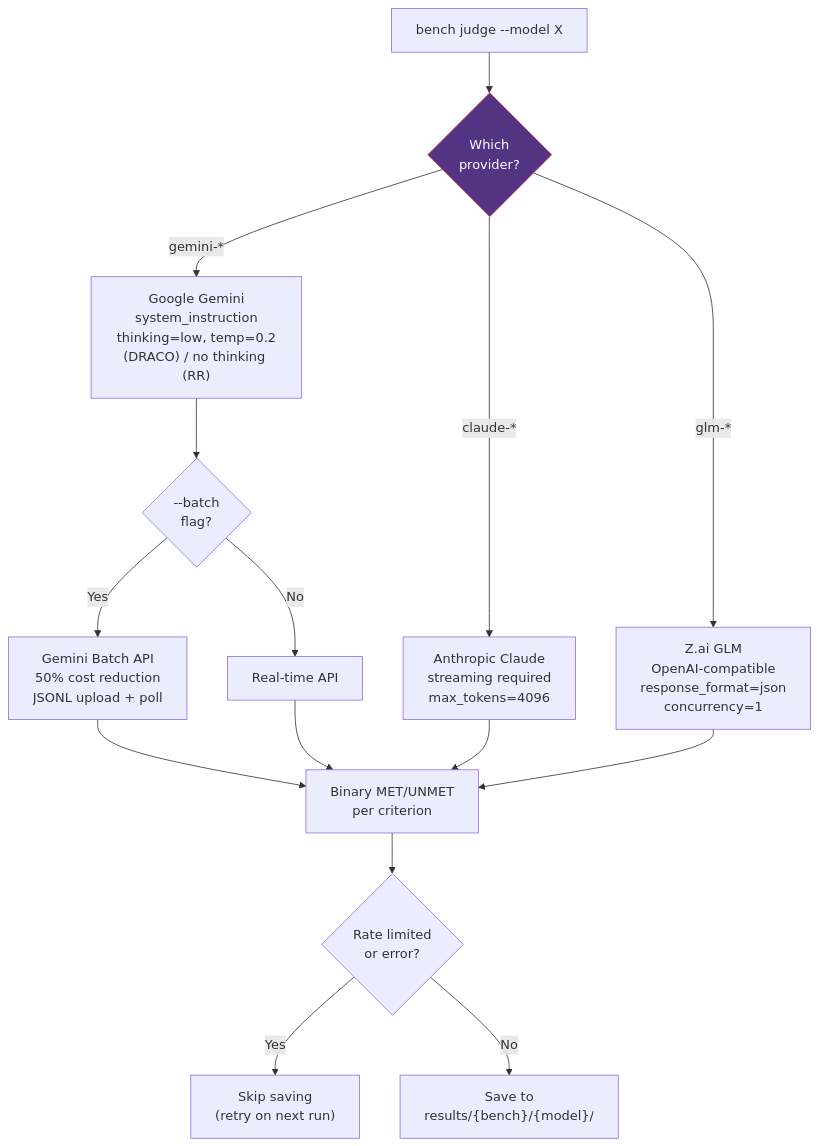
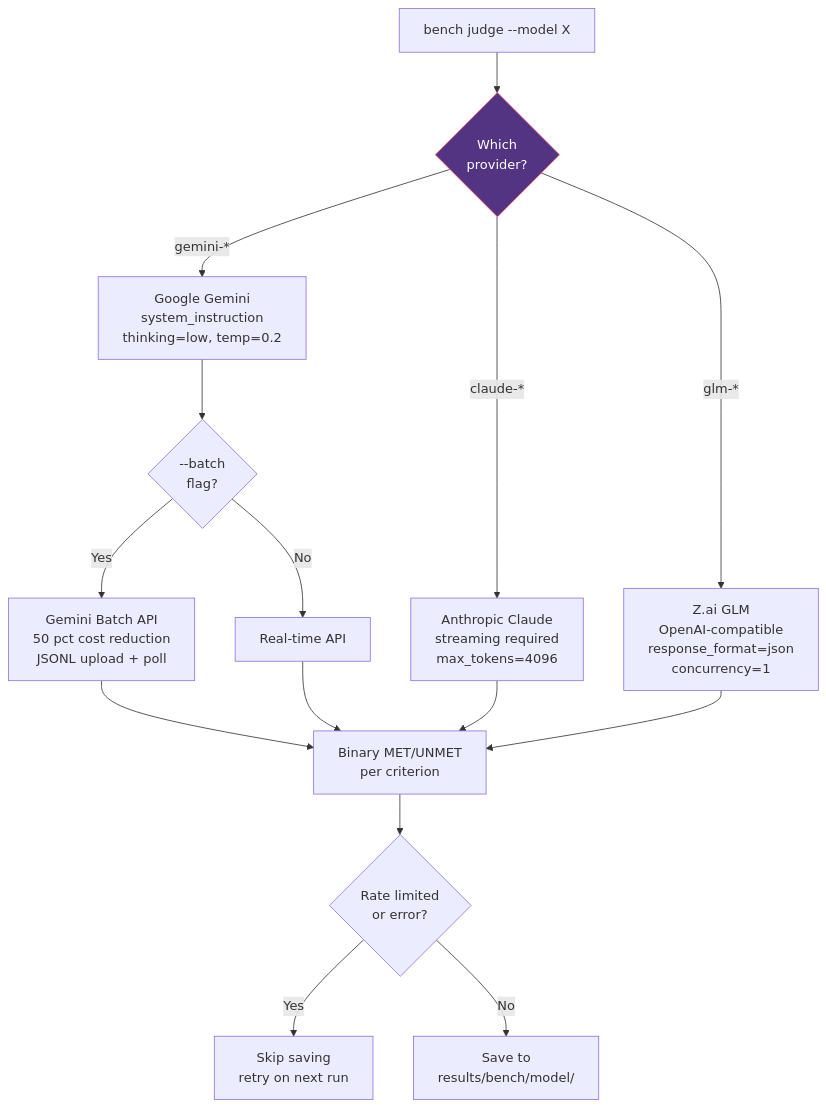
Before and after one commit to steel-experiments/durable-researcher: the ninth of 11 diagrams in ARCHITECTURE.md, drawn with Mermaid. The commit also changed other lines of this file, not shown here.

First line of the commit message:
fix: repair Mermaid parse errors in ARCHITECTURE.md

````diff
--- a/ARCHITECTURE.md
+++ b/ARCHITECTURE.md
@@ -329,23 +343,23 @@
 ```mermaid
 flowchart TD
     JUDGE_CLI["bench judge --model X"] --> PROVIDER{"Which<br/>provider?"}
 
-    PROVIDER -->|"gemini-*"| GEMINI["Google Gemini<br/>system_instruction<br/>thinking=low, temp=0.2<br/>(DRACO) / no thinking (RR)"]
+    PROVIDER -->|"gemini-*"| GEMINI["Google Gemini<br/>system_instruction<br/>thinking=low, temp=0.2"]
     PROVIDER -->|"claude-*"| ANTHROPIC["Anthropic Claude<br/>streaming required<br/>max_tokens=4096"]
     PROVIDER -->|"glm-*"| ZAI["Z.ai GLM<br/>OpenAI-compatible<br/>response_format=json<br/>concurrency=1"]
 
     GEMINI --> BATCH{"--batch<br/>flag?"}
-    BATCH -->|"Yes"| BATCH_API["Gemini Batch API<br/>50% cost reduction<br/>JSONL upload + poll"]
+    BATCH -->|"Yes"| BATCH_API["Gemini Batch API<br/>50 pct cost reduction<br/>JSONL upload + poll"]
     BATCH -->|"No"| REALTIME["Real-time API"]
 
     BATCH_API --> VERDICT["Binary MET/UNMET<br/>per criterion"]
     REALTIME --> VERDICT
     ANTHROPIC --> VERDICT
     ZAI --> VERDICT
 
     VERDICT --> SKIP{"Rate limited<br/>or error?"}
-    SKIP -->|"Yes"| RETRY["Skip saving<br/>(retry on next run)"]
-    SKIP -->|"No"| SAVE["Save to<br/>results/{bench}/{model}/"]
+    SKIP -->|"Yes"| RETRY["Skip saving<br/>retry on next run"]
+    SKIP -->|"No"| SAVE["Save to<br/>results/bench/model/"]
 
     style PROVIDER fill:#533483,stroke:#e94560,color:#fff
 ```
````
